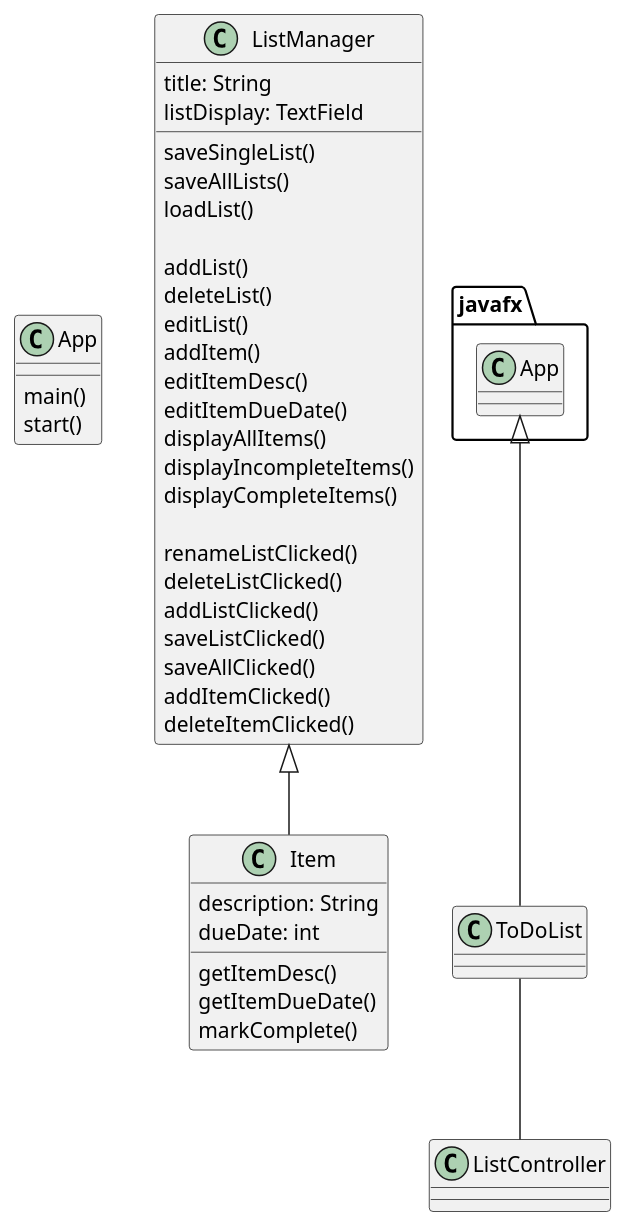
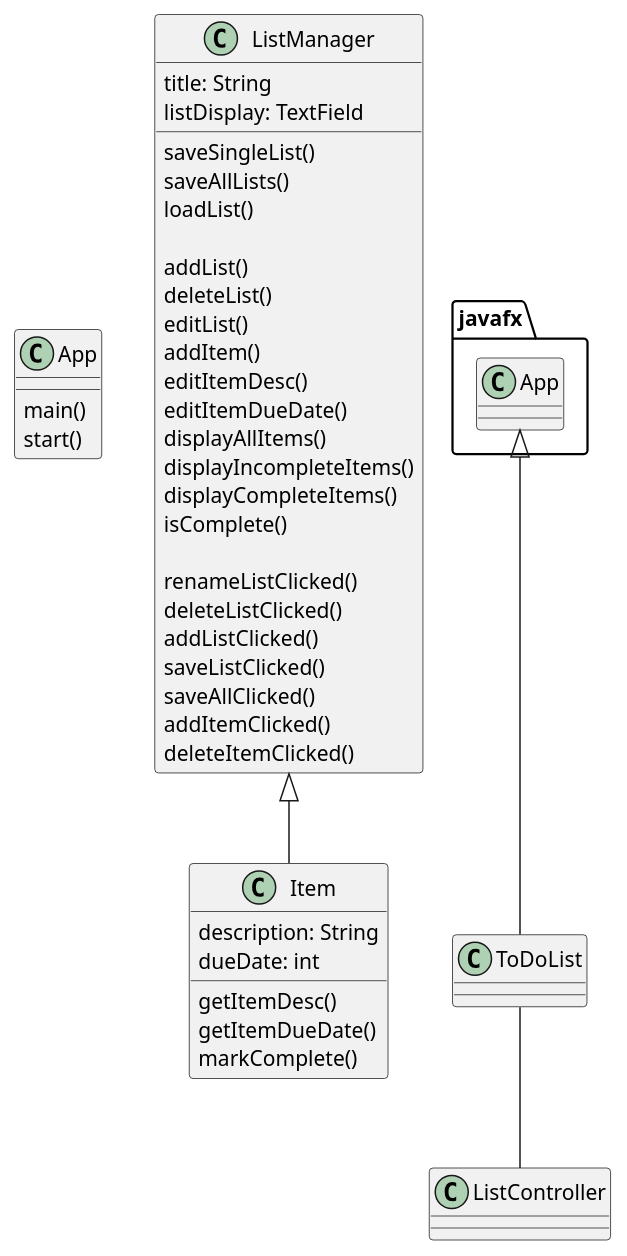
Before and after one commit to SabirahSalau/salau-cop3330-assignment4: the diagram in UML/ToDoListUML.puml, drawn with PlantUML. The commit also changed 6 other files, not shown here.

```diff
--- a/UML/ToDoListUML.puml
+++ b/UML/ToDoListUML.puml
@@ -1,57 +1,58 @@
 @startuml
 'https://plantuml.com/class-diagram
 
 class App
 {
     main()
     start()
 
 }
 
 class Item
 {
     description: String
     dueDate: int
 
     getItemDesc()
     getItemDueDate()
     markComplete()
 
 }
 
 class ListManager
 {
     title: String
     listDisplay: TextField
 
     saveSingleList()
     saveAllLists()
     loadList()
 
     addList()
     deleteList()
     editList()
     addItem()
     editItemDesc()
     editItemDueDate()
     displayAllItems()
     displayIncompleteItems()
     displayCompleteItems()
+    isComplete()
 
     renameListClicked()
     deleteListClicked()
     addListClicked()
     saveListClicked()
     saveAllClicked()
     addItemClicked()
     deleteItemClicked()
 
 
 }
 
 
 javafx.App <|-- ToDoList
 ToDoList -- ListController
 ListManager <|--Item
 
 @enduml
```
